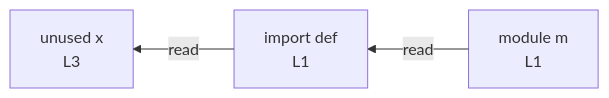
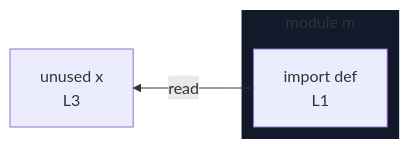
Before and after one commit to crescware/unsnarl: the diagram in integration/fixtures/imports/default-only/preview.md, drawn with Mermaid. The commit also changed 153 other files, not shown here.

First line of the commit message:
Render import sources as module subgraphs instead of module nodes

````diff
--- a/integration/fixtures/imports/default-only/preview.md
+++ b/integration/fixtures/imports/default-only/preview.md
@@ -13,9 +13,12 @@
 ```mermaid
 %%{init: {"flowchart": {"defaultRenderer": "elk"}}}%%
 flowchart RL
-  n_scope_0_def_7["import def<br/>L1"]
   n_scope_0_x_28["unused x<br/>L3"]
+  subgraph sg_m["module m"]
+    direction RL
+    n_scope_0_def_7["import def<br/>L1"]
+  end
   n_scope_0_def_7 -->|read| n_scope_0_x_28
-  mod_m["module m<br/>L1"]
-  mod_m -->|read| n_scope_0_def_7
+  classDef nestL1 fill:#11192a,stroke:transparent;
+  class sg_m nestL1;
 ```
````
